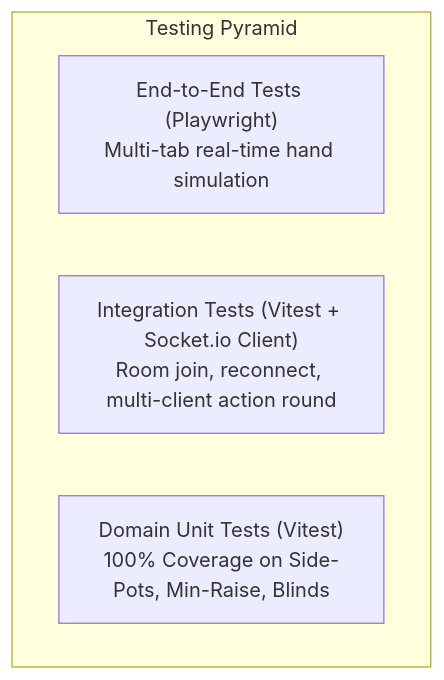
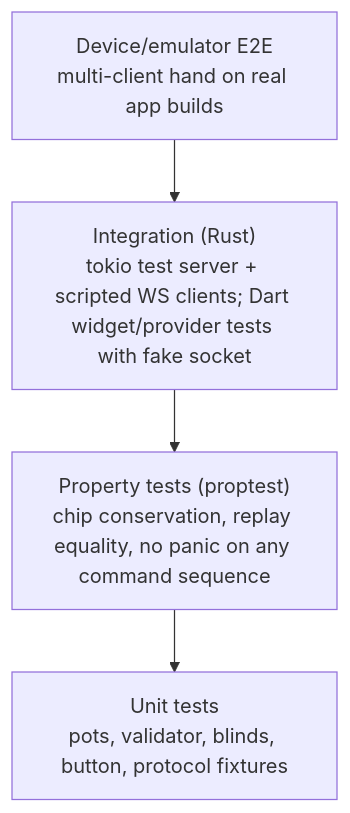
One commit to DimathJayasinghe/poker-credits changed the second of 2 diagrams in docs/CODING_STANDARDS.md. Above: the diagram before and after it, drawn with Mermaid. The commit also changed other lines of this file and 12 other files, not shown here.

````diff
--- a/docs/CODING_STANDARDS.md
+++ b/docs/CODING_STANDARDS.md
@@ -195,8 +199,8 @@
 ```mermaid
 graph TD
-    subgraph TestPyramid ["Testing Pyramid"]
-        E2E["End-to-End Tests (Playwright)\nMulti-tab real-time hand simulation"]
-        Integration["Integration Tests (Vitest + Socket.io Client)\nRoom join, reconnect, multi-client action round"]
-        Unit["Domain Unit Tests (Vitest)\n100% Coverage on Side-Pots, Min-Raise, Blinds"]
-    end
+    E2E["Device/emulator E2E\nmulti-client hand on real app builds"]
+    Int["Integration (Rust)\ntokio test server + scripted WS clients; Dart widget/provider tests with fake socket"]
+    Prop["Property tests (proptest)\nchip conservation, replay equality, no panic on any command sequence"]
+    Unit["Unit tests\npots, validator, blinds, button, protocol fixtures"]
+    E2E --> Int --> Prop --> Unit
 ```
````
